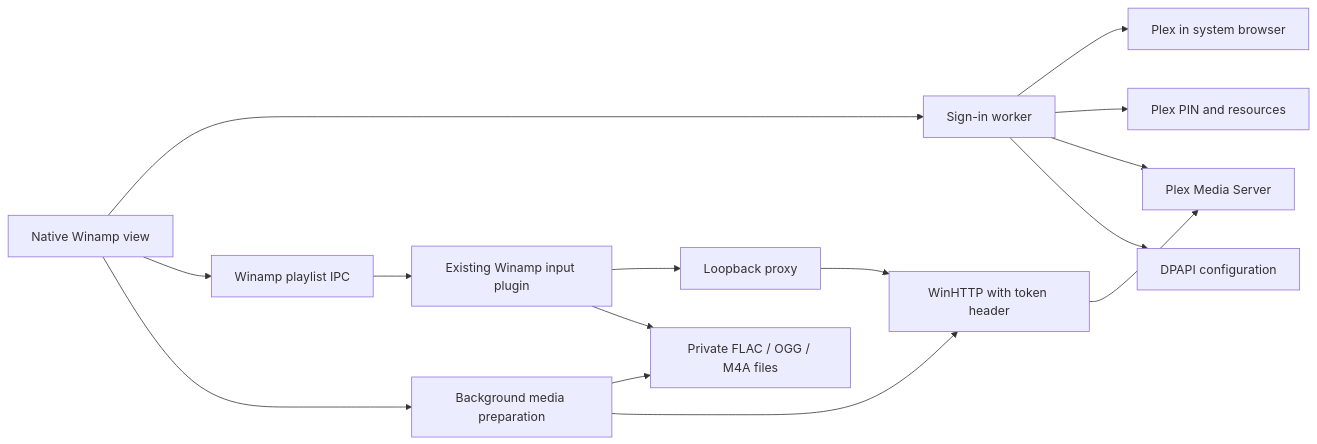
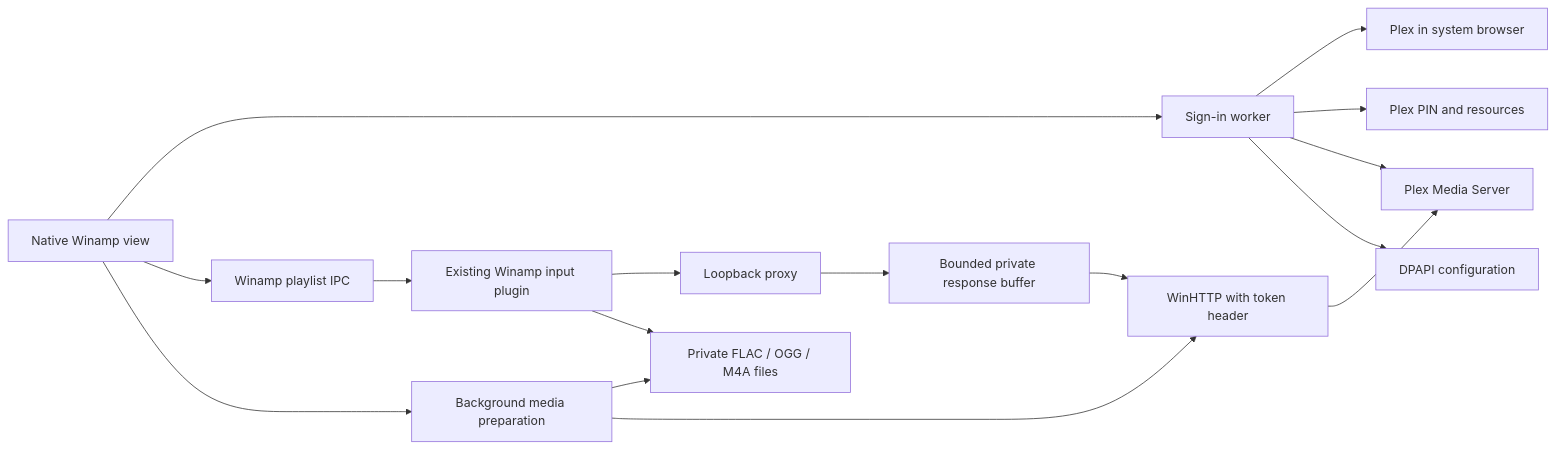
Before and after one commit to Eitschman/winamp-plex-library: the diagram in docs/architecture.md, drawn with Mermaid. The commit also changed other lines of this file and 8 other files, not shown here.

````diff
--- a/docs/architecture.md
+++ b/docs/architecture.md
@@ -61,17 +62,18 @@
 ```mermaid
 flowchart LR
     UI[Native Winamp view] --> Auth[Sign-in worker]
     Auth --> Browser[Plex in system browser]
     Auth --> Plex[Plex PIN and resources]
     Auth --> PMS[Plex Media Server]
     Auth --> Config[DPAPI configuration]
     UI --> IPC[Winamp playlist IPC]
     IPC --> Decoder[Existing Winamp input plugin]
     Decoder --> Proxy[Loopback proxy]
     UI --> Prepare[Background media preparation]
     Prepare --> Files[Private FLAC / OGG / M4A files]
     Decoder --> Files
     Prepare --> HTTP
-    Proxy --> HTTP[WinHTTP with token header]
+    Proxy --> Buffer[Bounded private response buffer]
+    Buffer --> HTTP[WinHTTP with token header]
     HTTP --> PMS
 ```
````
